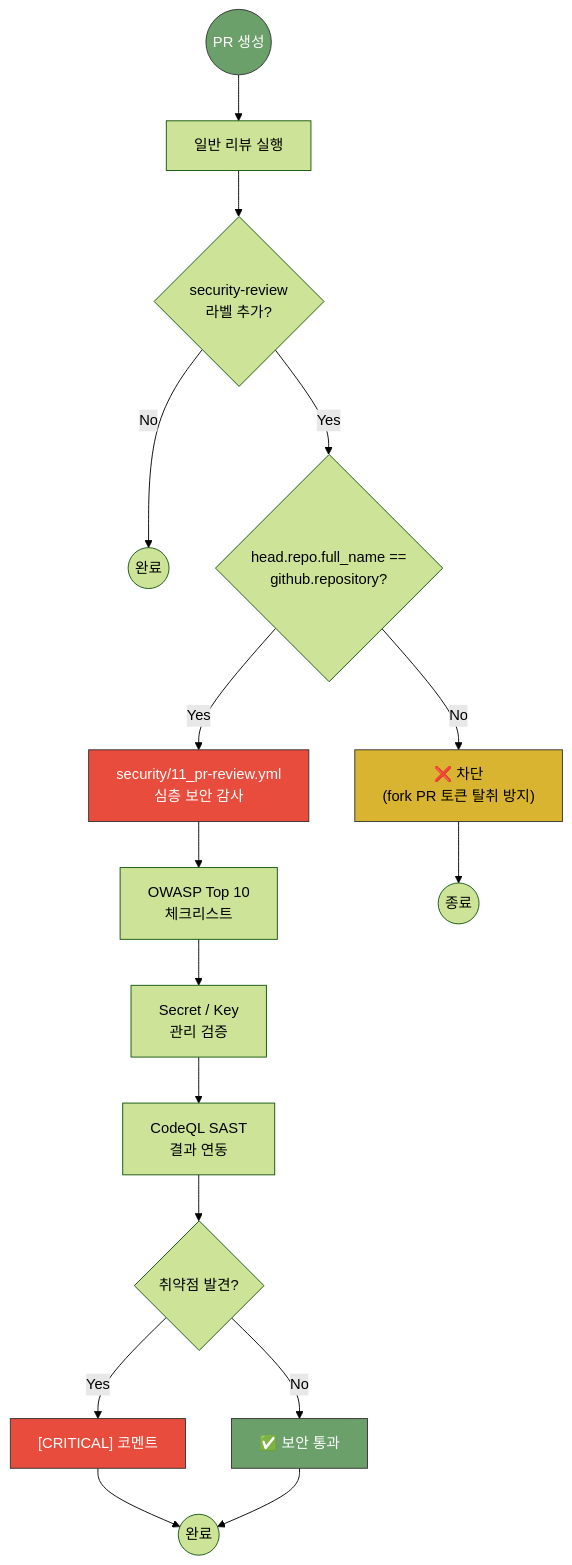
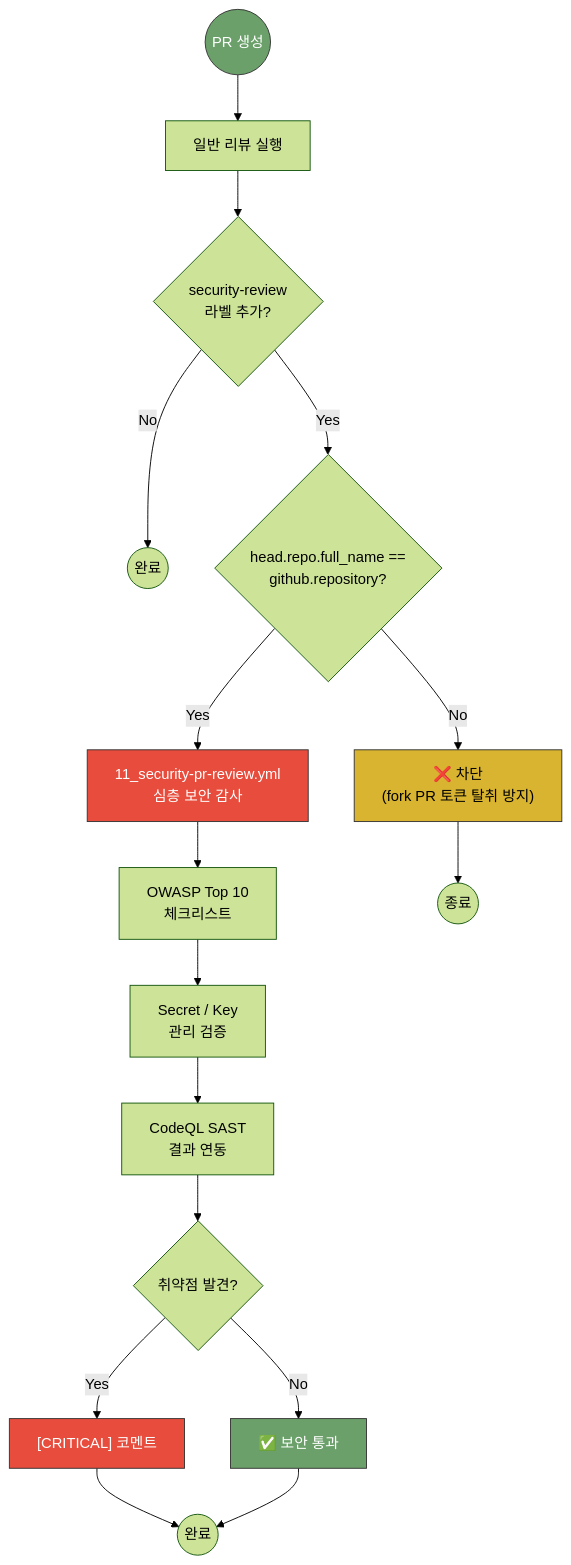
The eighth of 10 diagrams in docs/architecture.md (jclee941/.github), drawn with Mermaid (forest theme) before and after one commit. The commit also changed other lines of this file and 11 other files, not shown here.

````diff
--- a/docs/architecture.md
+++ b/docs/architecture.md
@@ -362,29 +362,29 @@
 ```mermaid
 flowchart TD
     START(("PR 생성")) --> NORMAL["일반 리뷰 실행"]
     
     NORMAL --> LABEL{"security-review<br/>라벨 추가?"}
     LABEL -->|No| END1(("완료"))
     LABEL -->|Yes| GUARD{"head.repo.full_name ==<br/>github.repository?"}
     
     GUARD -->|No| BLOCK["❌ 차단<br/>(fork PR 토큰 탈취 방지)"]
-    GUARD -->|Yes| SECURE["security/11_pr-review.yml<br/>심층 보안 감사"]
+    GUARD -->|Yes| SECURE["11_security-pr-review.yml<br/>심층 보안 감사"]
     
     SECURE --> OWASP["OWASP Top 10<br/>체크리스트"]
     OWASP --> SECRET["Secret / Key<br/>관리 검증"]
     SECRET --> SAST["CodeQL SAST<br/>결과 연동"]
     
     SAST --> FINDING{"취약점 발견?"}
     FINDING -->|Yes| CRIT["[CRITICAL] 코멘트"]
     FINDING -->|No| SAFE["✅ 보안 통과"]
     
     CRIT --> END2(("완료"))
     SAFE --> END2
     BLOCK --> END3(("종료"))
     
     style START fill:#6ba06a,stroke:#333,color:#fff
     style SECURE fill:#e74c3c,stroke:#333,color:#fff
     style BLOCK fill:#d9b430,stroke:#333,color:#000
     style SAFE fill:#6ba06a,stroke:#333,color:#fff
     style CRIT fill:#e74c3c,stroke:#333,color:#fff
 ```
````
